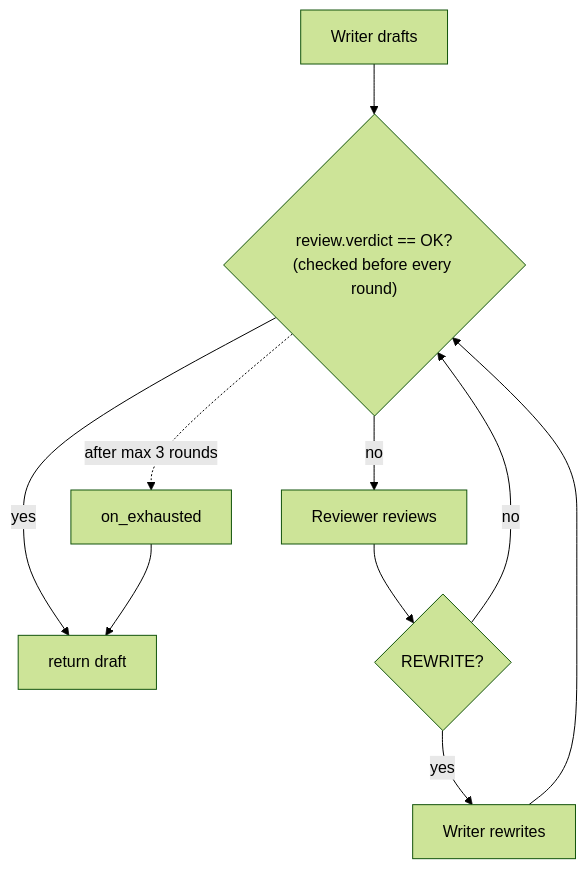
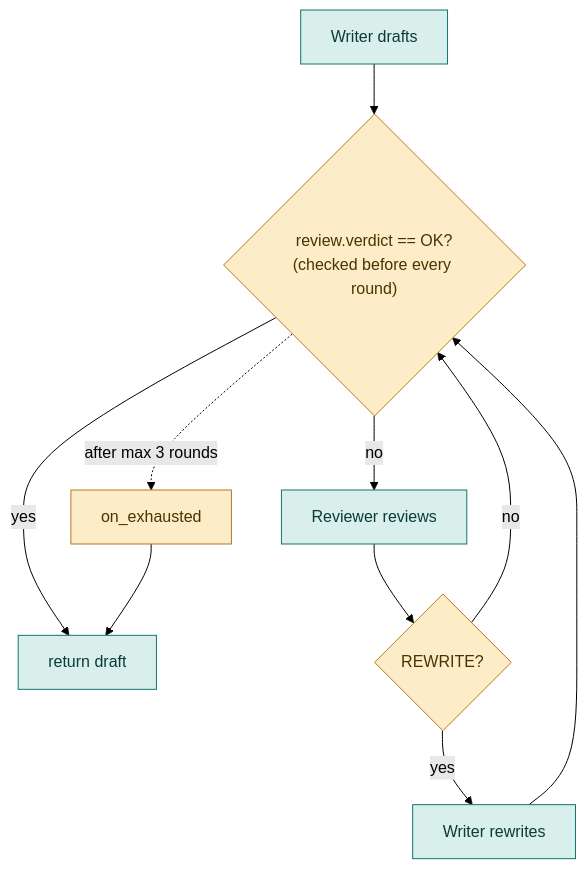
The third of 4 diagrams in docs/tutorial/04-control-flow.md (srijithunni7182/llm4j), drawn with Mermaid (forest theme) before and after one commit. The commit also changed other lines of this file and 13 other files, not shown here.

First line of the commit message:
docs: give the tutorial's diagrams meaningful colours

````diff
--- a/docs/tutorial/04-control-flow.md
+++ b/docs/tutorial/04-control-flow.md
@@ -122,9 +132,13 @@
 ```mermaid
 flowchart TD
   W["Writer drafts"] --> L{"review.verdict == OK?<br/>(checked before every round)"}
   L -- yes --> D["return draft"]
   L -- no --> RV["Reviewer reviews"] --> A{"REWRITE?"}
   A -- yes --> RW["Writer rewrites"] --> L
   A -- no --> L
   L -. "after max 3 rounds" .-> X["on_exhausted"] --> D
+  classDef step fill:#d9efec,stroke:#0f766e,color:#0b3b37
+  classDef decision fill:#fdecc8,stroke:#b7791f,color:#4a3300
+  class W,D,RV,RW step
+  class L,A,X decision
 ```
````
